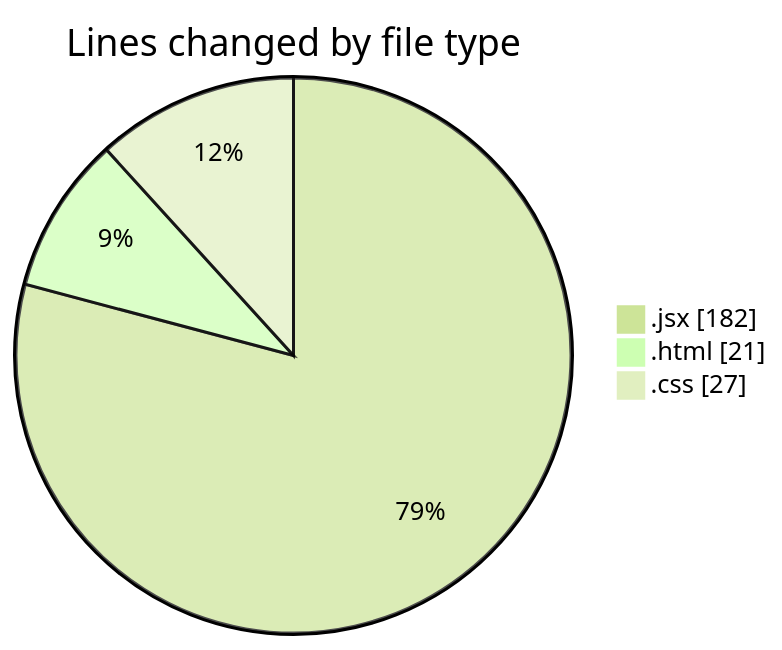
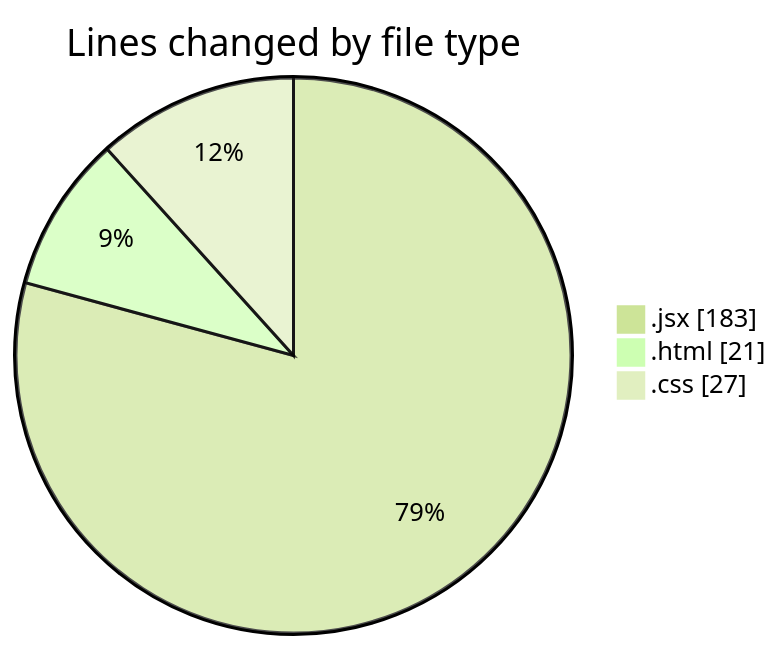
One commit to Elitesun/code-tracking changed the first of 2 diagrams in 2025-02-13/elitegpt/README.md. Above: the diagram before and after it, drawn with Mermaid (forest theme). The commit also changed other lines of this file and 1 other file, not shown here.

````diff
--- a/2025-02-13/elitegpt/README.md
+++ b/2025-02-13/elitegpt/README.md
@@ -26,7 +26,7 @@
 ```mermaid
 pie showData
 title Lines changed by file type
-".jsx" : 182
+".jsx" : 183
 ".html" : 21
 ".css" : 27
 ```
````
